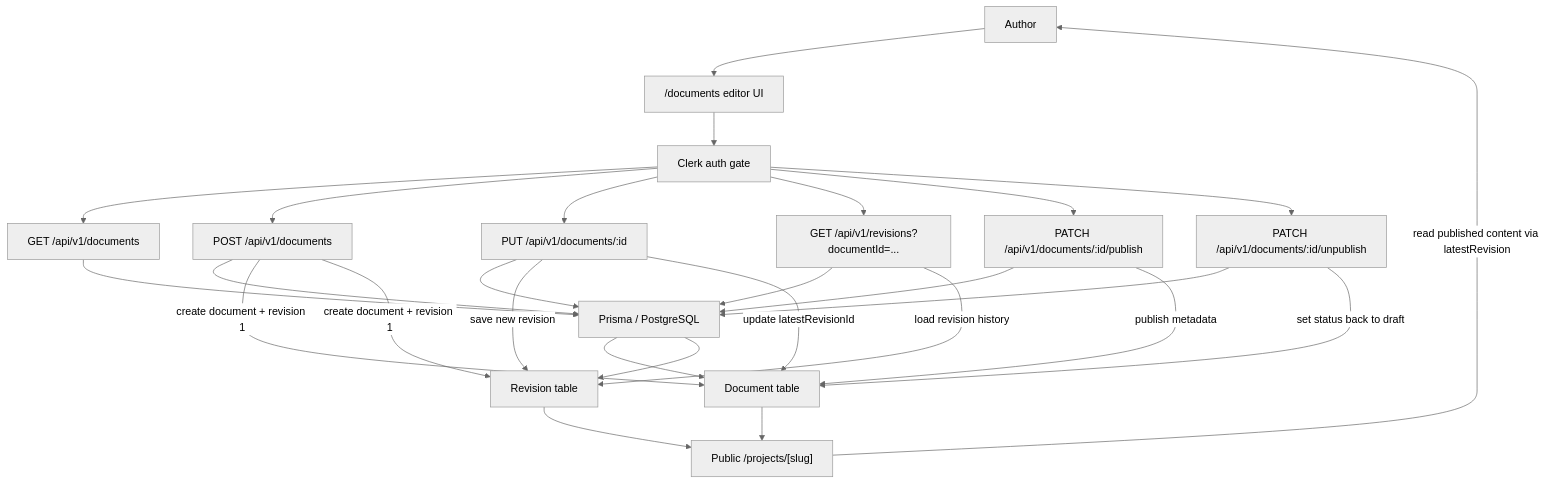
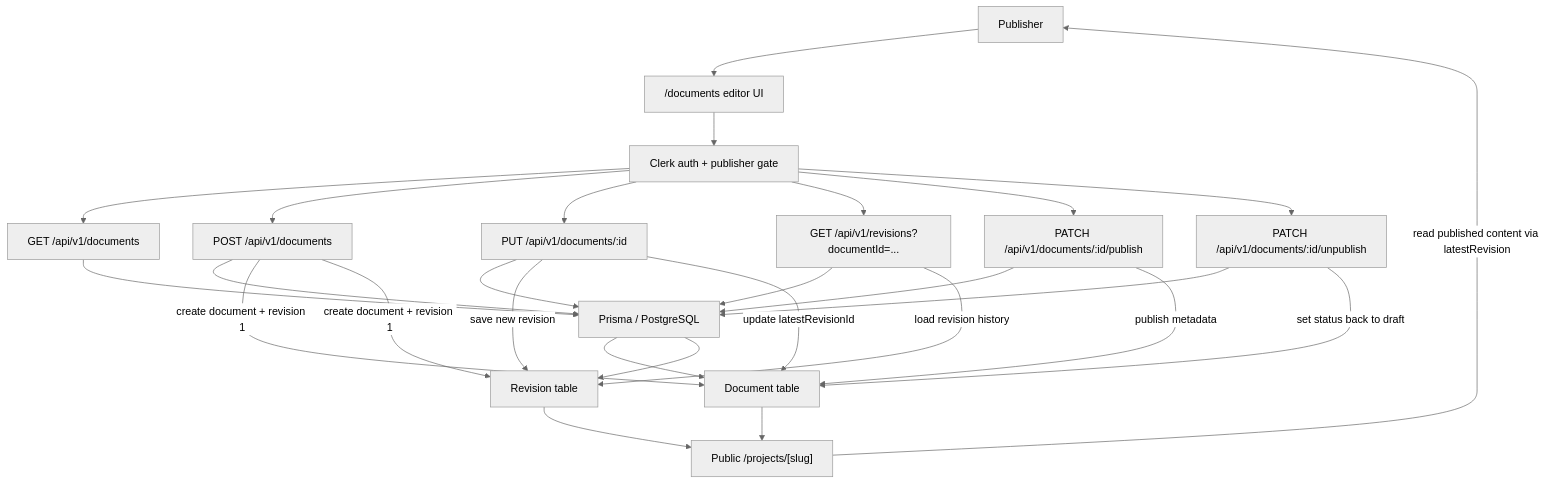
Before and after one commit to edwardcho1231/edwardcho.dev: the first of 2 diagrams in README.md, drawn with Mermaid (neutral theme). The commit also changed other lines of this file and 1 other file, not shown here.

Commit message:
chore(docs): reflect publisher-only document access

````diff
--- a/README.md
+++ b/README.md
@@ -30,33 +30,33 @@
 ```mermaid
 flowchart TD
-  A[Author] --> B["/documents editor UI"]
-  B --> C["Clerk auth gate"]
+  A[Publisher] --> B["/documents editor UI"]
+  B --> C["Clerk auth + publisher gate"]
   C --> D["GET /api/v1/documents"]
   C --> E["POST /api/v1/documents"]
   C --> F["PUT /api/v1/documents/:id"]
   C --> G["GET /api/v1/revisions?documentId=..."]
   C --> H["PATCH /api/v1/documents/:id/publish"]
   C --> I["PATCH /api/v1/documents/:id/unpublish"]
 
   D --> J["Prisma / PostgreSQL"]
   E --> J
   F --> J
   G --> J
   H --> J
   I --> J
 
   J --> K["Document table"]
   J --> L["Revision table"]
 
   E -- "create document + revision 1" --> K
   E -- "create document + revision 1" --> L
   F -- "save new revision" --> L
   F -- "update latestRevisionId" --> K
   G -- "load revision history" --> L
   H -- "publish metadata" --> K
   I -- "set status back to draft" --> K
 
   K --> M["Public /projects/[slug]"]
   L --> M
   M -- "read published content via latestRevision" --> A
 ```
````
